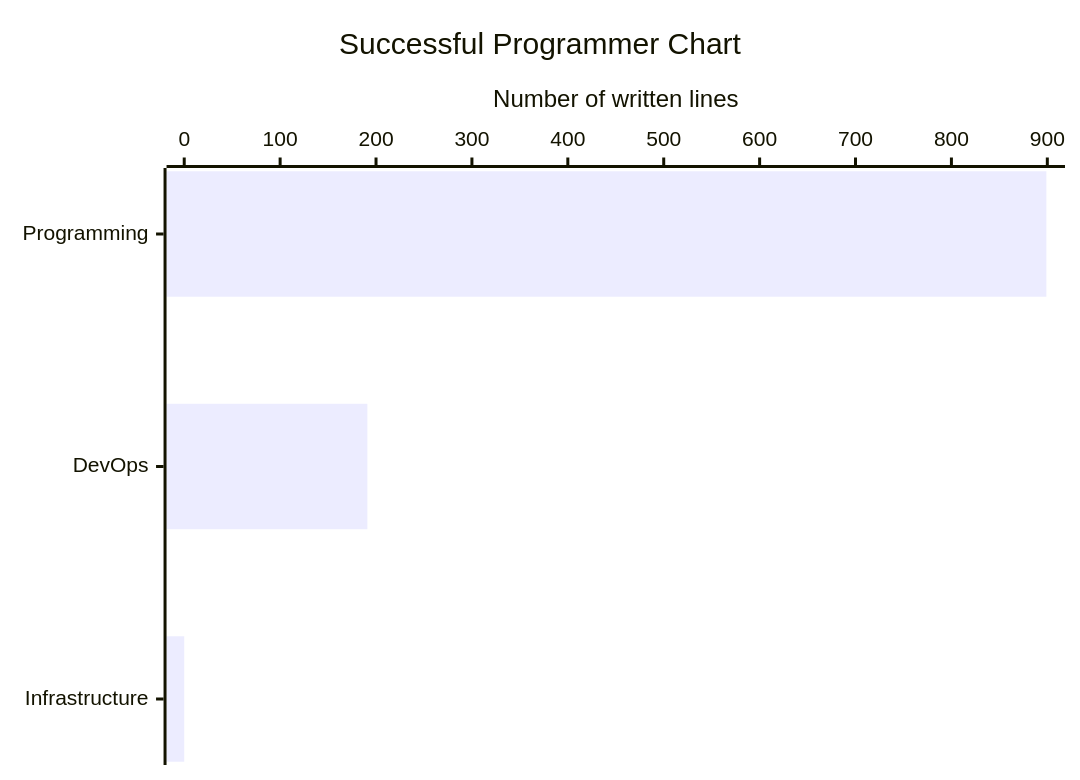
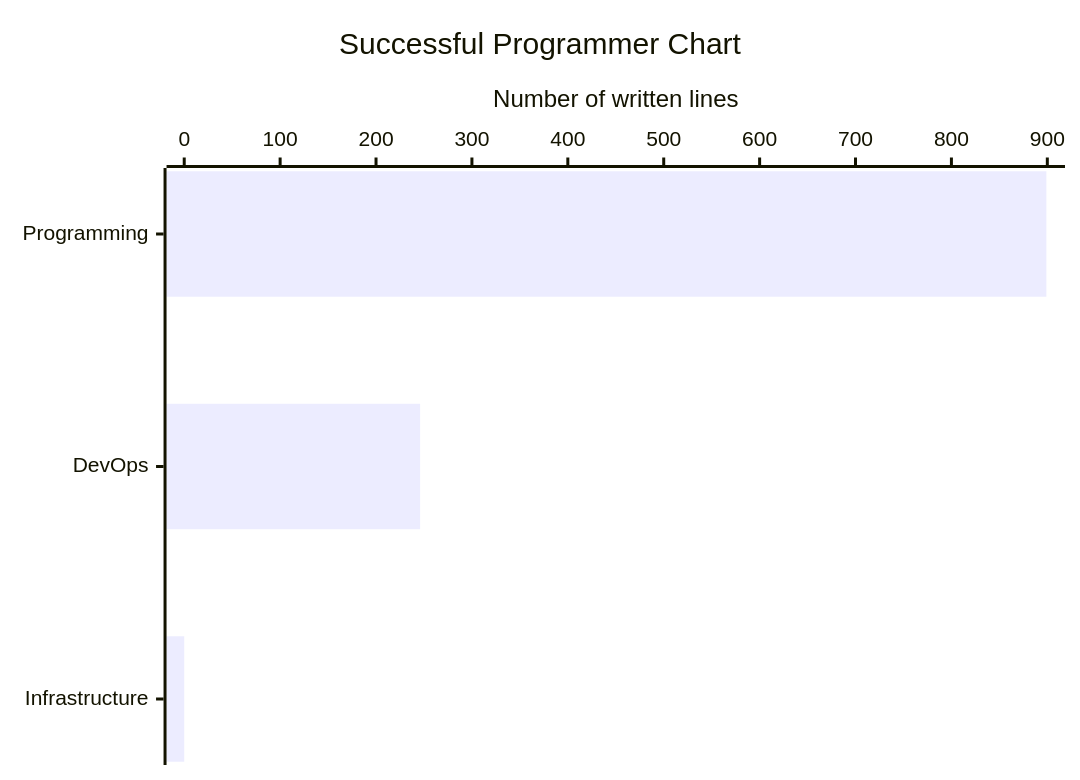
One commit to bezerraescossia/Sucessful-Programmer-Journey changed the diagram in README.md. Above: the diagram before and after it, drawn with Mermaid. The commit also changed 4 other files, not shown here.

````diff
--- a/README.md
+++ b/README.md
@@ -42,7 +42,7 @@
 ```mermaid
 xychart horizontal
     title "Successful Programmer Chart"
     x-axis ["Programming", "DevOps", "Infrastructure"]
     y-axis "Number of written lines" 0 --> 900
-    bar [899, 191, 0]
+    bar [899, 246, 0]
 ```
````
